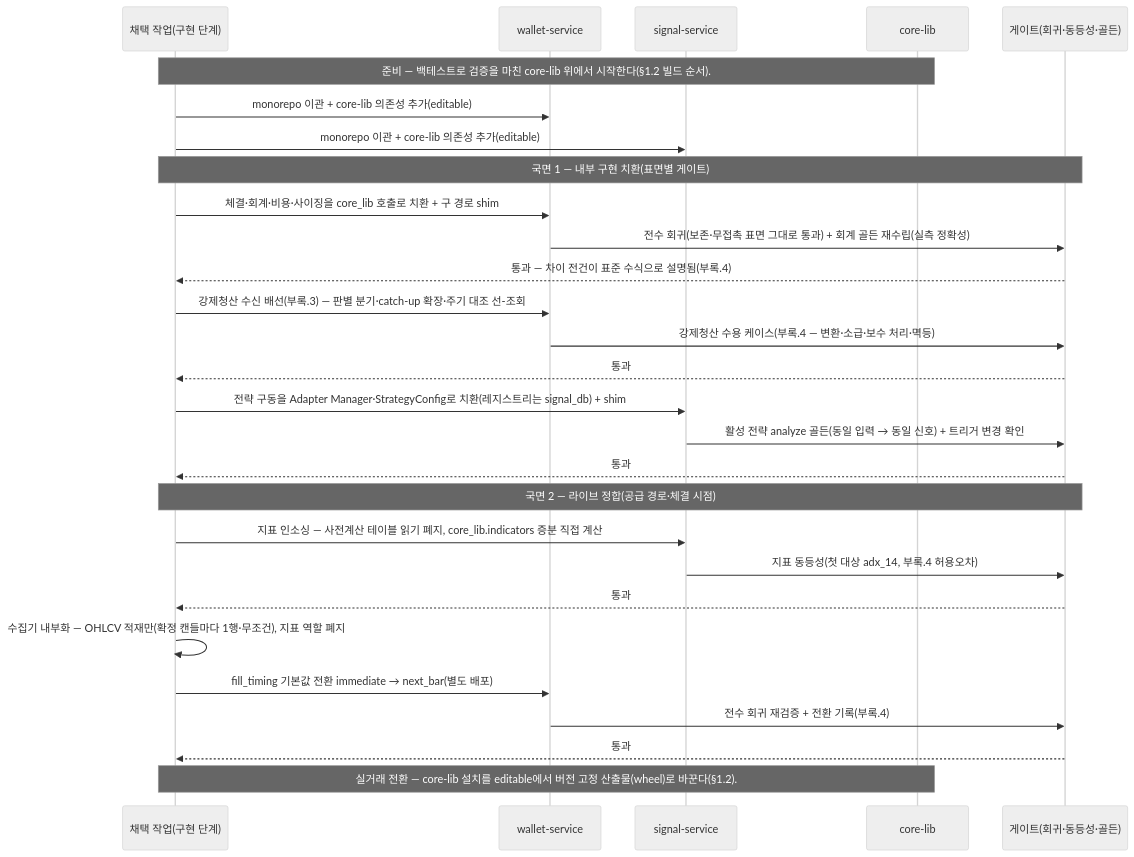
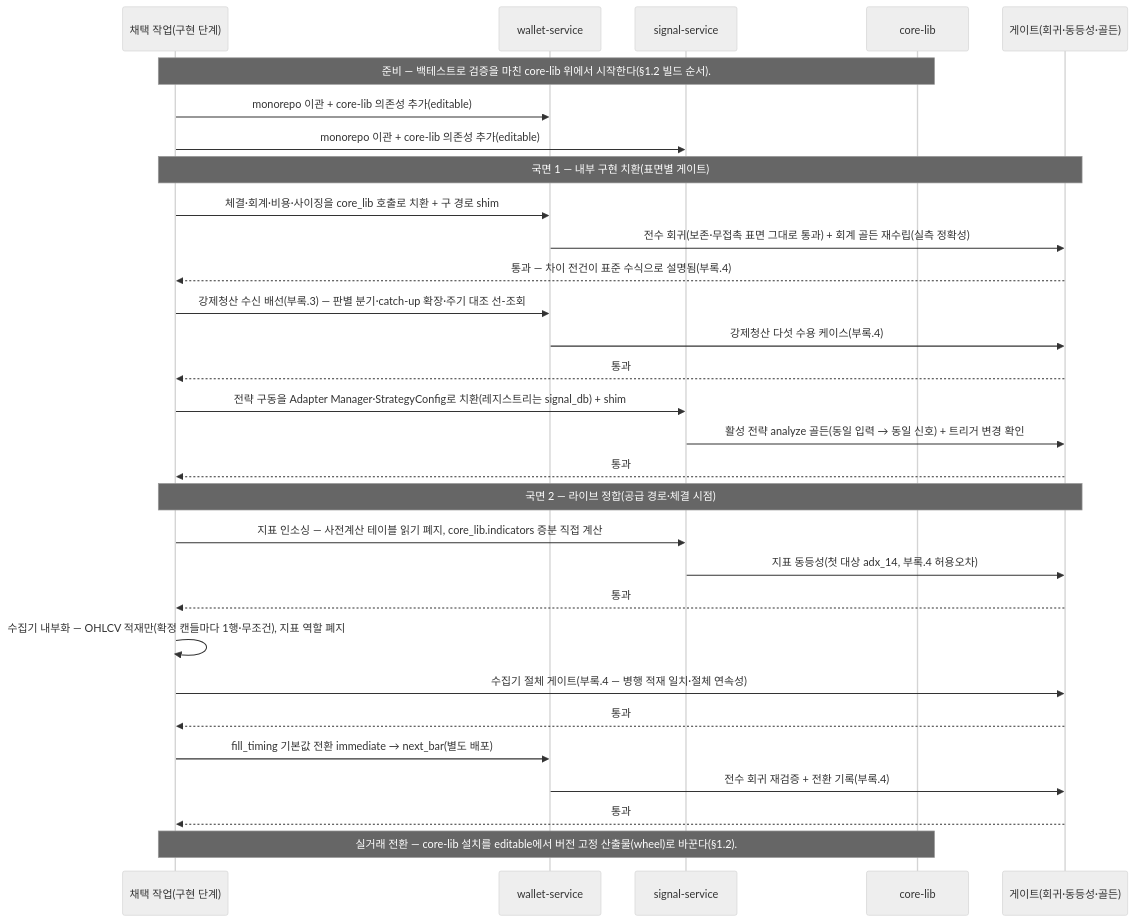
Diagram 26 of 28 in docs/fullspec/backtest_v2_detailed_design.md (vessel35/trading-system-v2), drawn with Mermaid (neutral theme) before and after one commit. The commit also changed other lines of this file, not shown here.

First line of the commit message:
docs(b-adoption): 재심 반영 — penalty 계상 규칙·수집기 절체 게이트·실행 시점 수용 등 8건(정본 5d21121 미러)

````diff
--- a/docs/fullspec/backtest_v2_detailed_design.md
+++ b/docs/fullspec/backtest_v2_detailed_design.md
@@ -3493,30 +3493,32 @@
 ```mermaid
 sequenceDiagram
     participant OPS as 채택 작업(구현 단계)
     participant WS as wallet-service
     participant SS as signal-service
     participant CL as core-lib
     participant G as 게이트(회귀·동등성·골든)
     Note over OPS,CL: 준비 — 백테스트로 검증을 마친 core-lib 위에서 시작한다(§1.2 빌드 순서).
     OPS->>WS: monorepo 이관 + core-lib 의존성 추가(editable)
     OPS->>SS: monorepo 이관 + core-lib 의존성 추가(editable)
     Note over OPS,G: 국면 1 — 내부 구현 치환(표면별 게이트)
     OPS->>WS: 체결·회계·비용·사이징을 core_lib 호출로 치환 + 구 경로 shim
     WS->>G: 전수 회귀(보존·무접촉 표면 그대로 통과) + 회계 골든 재수립(실측 정확성)
     G-->>OPS: 통과 — 차이 전건이 표준 수식으로 설명됨(부록.4)
     OPS->>WS: 강제청산 수신 배선(부록.3) — 판별 분기·catch-up 확장·주기 대조 선-조회
-    WS->>G: 강제청산 수용 케이스(부록.4 — 변환·소급·보수 처리·멱등)
+    WS->>G: 강제청산 다섯 수용 케이스(부록.4)
     G-->>OPS: 통과
     OPS->>SS: 전략 구동을 Adapter Manager·StrategyConfig로 치환(레지스트리는 signal_db) + shim
     SS->>G: 활성 전략 analyze 골든(동일 입력 → 동일 신호) + 트리거 변경 확인
     G-->>OPS: 통과
     Note over OPS,G: 국면 2 — 라이브 정합(공급 경로·체결 시점)
     OPS->>SS: 지표 인소싱 — 사전계산 테이블 읽기 폐지, core_lib.indicators 증분 직접 계산
     SS->>G: 지표 동등성(첫 대상 adx_14, 부록.4 허용오차)
     G-->>OPS: 통과
     OPS->>OPS: 수집기 내부화 — OHLCV 적재만(확정 캔들마다 1행·무조건), 지표 역할 폐지
+    OPS->>G: 수집기 절체 게이트(부록.4 — 병행 적재 일치·절체 연속성)
+    G-->>OPS: 통과
     OPS->>WS: fill_timing 기본값 전환 immediate → next_bar(별도 배포)
     WS->>G: 전수 회귀 재검증 + 전환 기록(부록.4)
     G-->>OPS: 통과
     Note over OPS,CL: 실거래 전환 — core-lib 설치를 editable에서 버전 고정 산출물(wheel)로 바꾼다(§1.2).
 ```
````
